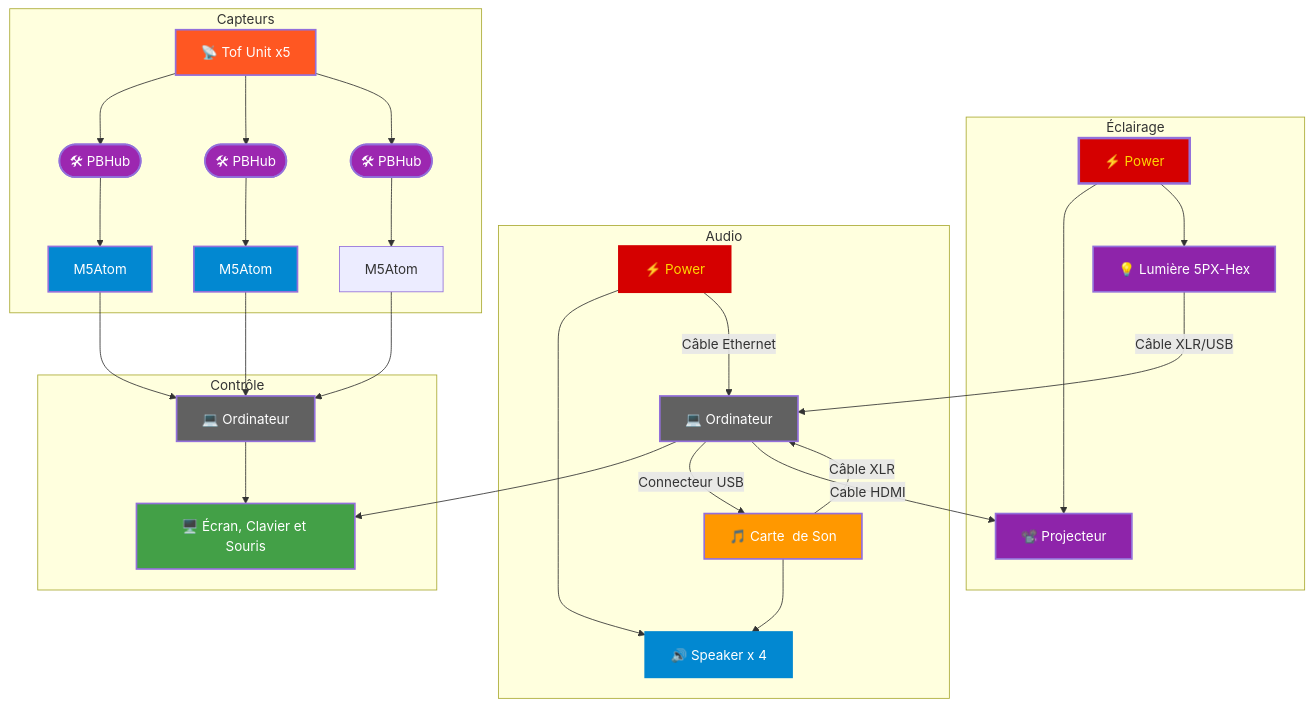
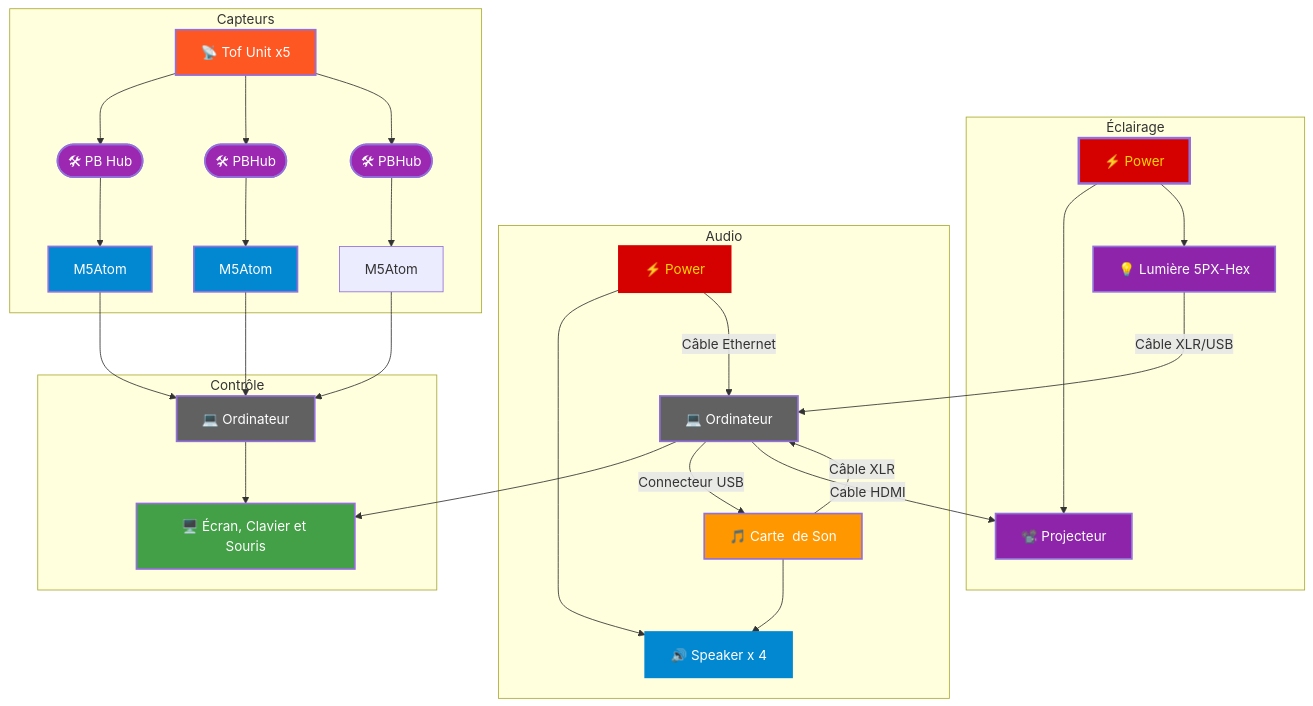
The diagram in 30_production/30_synoptique/README.md (Ethereal-Creators/Etheria), drawn with Mermaid before and after one commit.

Commit message:
Update README.md
Changements faits par Pierre-Luc Proulx

````diff
--- a/30_production/30_synoptique/README.md
+++ b/30_production/30_synoptique/README.md
@@ -2,59 +2,59 @@
 ```mermaid
 flowchart TD
     %% AUDIO %%
     subgraph Audio
         n1["⚡ Power"] --> n2["🔊 Speaker x 4"]
         n11["🎵 Carte&nbsp; de Son"] --> n2
         n11 -- Câble XLR --> n3
     end
 
     %% CONTRÔLE %%
     subgraph Contrôle
         n1 -- Câble Ethernet --> n3["💻 Ordinateur"]
         n3 --> n10["🖥️ Écran, Clavier et Souris"]
         n3 -- Connecteur USB --> n11
         n13["💻 Ordinateur"] --> n10
     end
 
     %% ÉCLAIRAGE %%
     subgraph Éclairage
         n7["⚡ Power"] --> n8["📽️ Projecteur"] & n9["💡 Lumière 5PX-Hex"]
         n9 -- Câble XLR/USB --> n3
     end
 
     %% CAPTEURS %%
     subgraph Capteurs
-        n15["📡 Tof Unit x5"] --> n18(["🛠 PBHub"])
-        n15["📡 Tof Unit x5"] --> n19(["🛠 PBHub"])
-        n15["📡 Tof Unit x5"] --> n20(["🛠 PBHub"])
+        n15["📡 Tof Unit x5"] --> n18(["🛠 PB Hub"])
+        n15["📡 Tof Unit x5"] --> n19(["🛠 PB Hub"])
+        n15["📡 Tof Unit x5"] --> n20(["🛠 PB Hub"])
         n18 --> n14["M5Atom"]
         n14 --> n13
         n16 --> n13
         n4 --> n13
         n19(["🛠 PBHub"]) --> n16["M5Atom"]
         n20(["🛠 PBHub"]) --> n4["M5Atom"]
     end
 
     %% CONNEXIONS TRANSVERSALES %%
     n3 -- Cable HDMI --> n8
 
     %% STYLES %%
     style n1 stroke:#D50000,fill:#D50000,color:#FFD600,stroke-width:3px
     style n2 stroke:#0288D1,fill:#0288D1,color:#FFFFFF,stroke-width:2px
     style n3 fill:#616161,color:#FFFFFF,stroke-width:2px
     style n13 fill:#616161,color:#FFFFFF,stroke-width:2px
     style n7 fill:#D50000,color:#FFD600,stroke-width:3px
     style n10 fill:#43A047,color:#FFFFFF,stroke-width:2px
     style n11 fill:#FF9800,color:#FFFFFF,stroke-width:2px
     style n8 fill:#8E24AA,color:#FFFFFF,stroke-width:2px
     style n9 fill:#8E24AA,color:#FFFFFF,stroke-width:2px
     style n16 fill:#0288D1,color:#FFFFFF,stroke-width:2px
     style n14 fill:#0288D1,color:#FFFFFF,stroke-width:2px
     style n15 fill:#FF5722,color:#FFFFFF,stroke-width:2px
     style n18 fill:#9C27B0,color:#FFFFFF,stroke-width:2px
     style n19 fill:#9C27B0,color:#FFFFFF,stroke-width:2px
     style n20 fill:#9C27B0,color:#FFFFFF,stroke-width:2px
 
 
 
 ```
````
